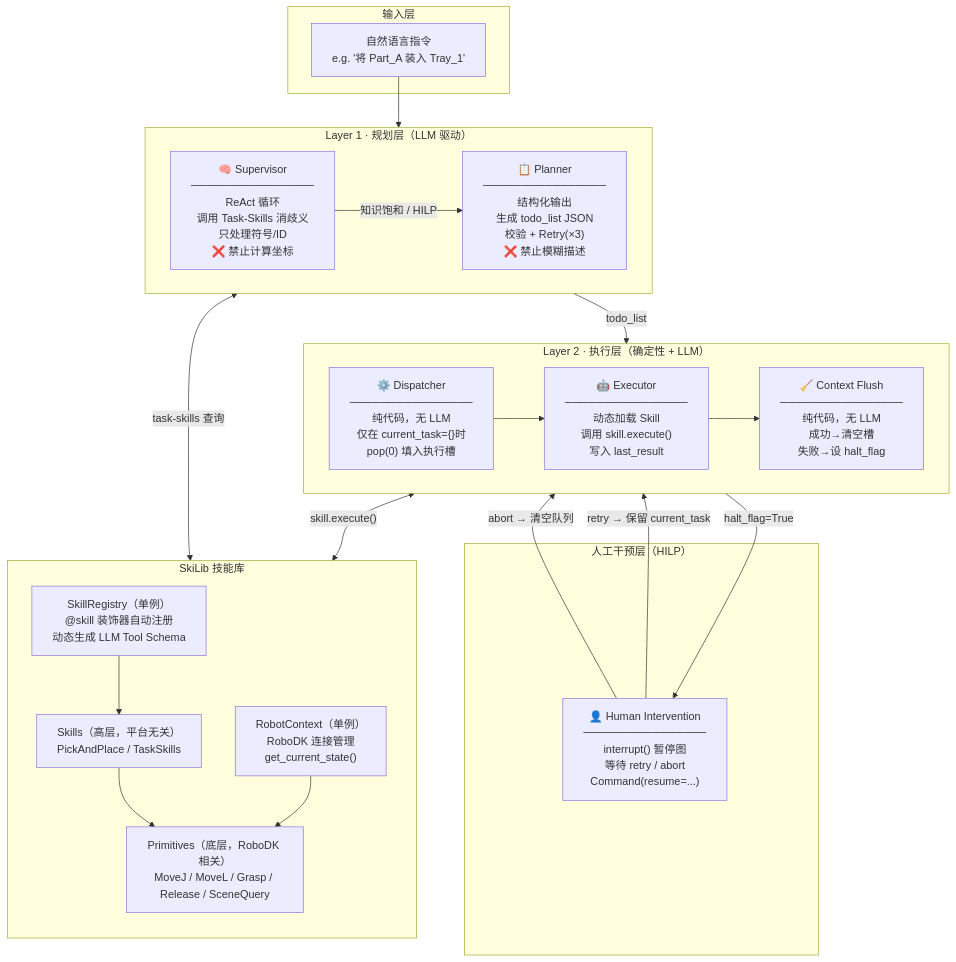
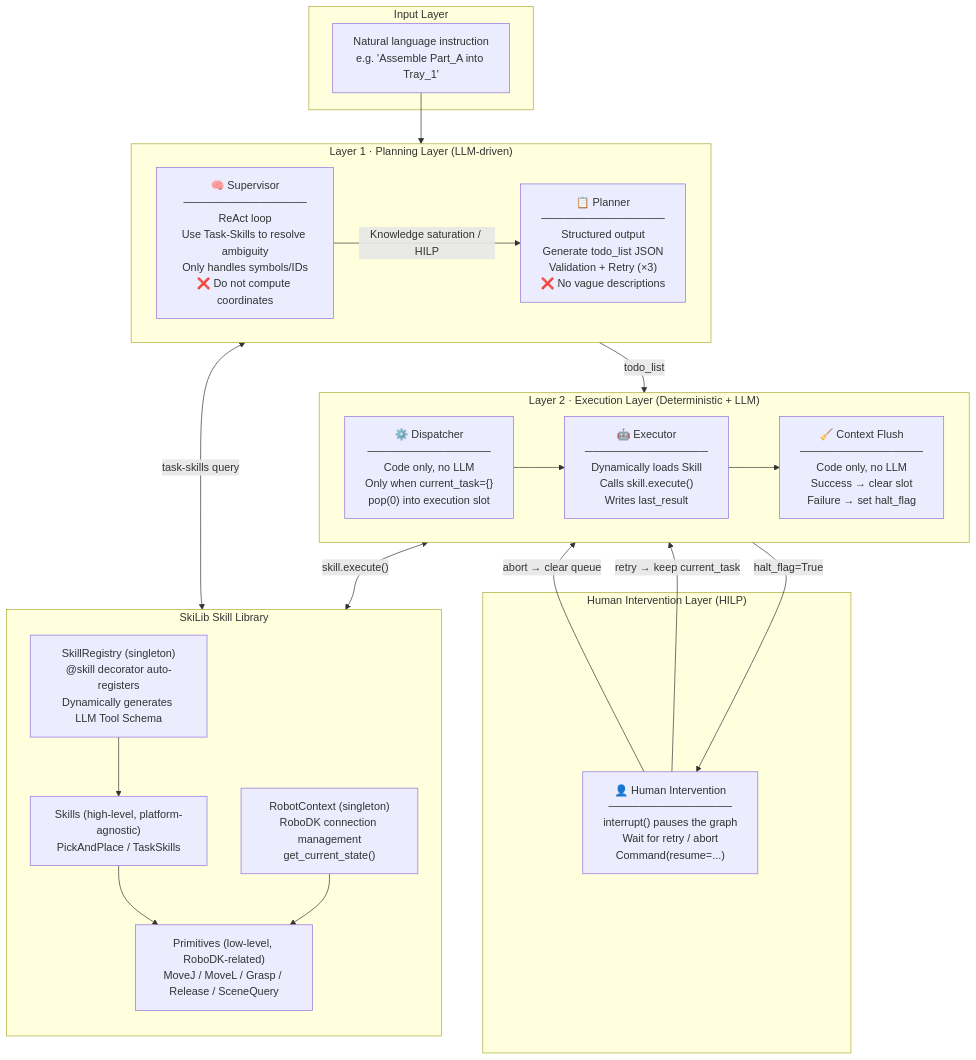
The first of 7 diagrams in SkiLib/doc/DIAGRAMS.md (SniperPigeon/RoboSkiAgent), drawn with Mermaid before and after one commit. The commit also changed other lines of this file, not shown here.

Commit message:
update diagram

````diff
--- a/SkiLib/doc/DIAGRAMS.md
+++ b/SkiLib/doc/DIAGRAMS.md
@@ -7,44 +7,44 @@
 ```mermaid
 graph TB
-    subgraph INPUT["输入层"]
-        NL["自然语言指令<br/>e.g. '将 Part_A 装入 Tray_1'"]
+    subgraph INPUT["Input Layer"]
+        NL["Natural language instruction<br/>e.g. 'Assemble Part_A into Tray_1'"]
     end
 
-    subgraph LAYER1["Layer 1 · 规划层（LLM 驱动）"]
+    subgraph LAYER1["Layer 1 · Planning Layer (LLM-driven)"]
         direction LR
-        SUP["🧠 Supervisor<br/>────────────────<br/>ReAct 循环<br/>调用 Task-Skills 消歧义<br/>只处理符号/ID<br/>❌ 禁止计算坐标"]
-        PLAN["📋 Planner<br/>────────────────<br/>结构化输出<br/>生成 todo_list JSON<br/>校验 + Retry(×3)<br/>❌ 禁止模糊描述"]
-        SUP -->|"知识饱和 / HILP"| PLAN
+        SUP["🧠 Supervisor<br/>────────────────<br/>ReAct loop<br/>Use Task-Skills to resolve ambiguity<br/>Only handles symbols/IDs<br/>❌ Do not compute coordinates"]
+        PLAN["📋 Planner<br/>────────────────<br/>Structured output<br/>Generate todo_list JSON<br/>Validation + Retry (×3)<br/>❌ No vague descriptions"]
+        SUP -->|"Knowledge saturation / HILP"| PLAN
     end
 
-    subgraph LAYER2["Layer 2 · 执行层（确定性 + LLM）"]
+    subgraph LAYER2["Layer 2 · Execution Layer (Deterministic + LLM)"]
         direction LR
-        DISP["⚙️ Dispatcher<br/>────────────────<br/>纯代码，无 LLM<br/>仅在 current_task={}时<br/>pop(0) 填入执行槽"]
-        EXEC["🤖 Executor<br/>────────────────<br/>动态加载 Skill<br/>调用 skill.execute()<br/>写入 last_result"]
-        FLUSH["🧹 Context Flush<br/>────────────────<br/>纯代码，无 LLM<br/>成功→清空槽<br/>失败→设 halt_flag"]
+        DISP["⚙️ Dispatcher<br/>────────────────<br/>Code only, no LLM<br/>Only when current_task={}<br/>pop(0) into execution slot"]
+        EXEC["🤖 Executor<br/>────────────────<br/>Dynamically loads Skill<br/>Calls skill.execute()<br/>Writes last_result"]
+        FLUSH["🧹 Context Flush<br/>────────────────<br/>Code only, no LLM<br/>Success → clear slot<br/>Failure → set halt_flag"]
         DISP --> EXEC --> FLUSH
     end
 
-    subgraph HILP["人工干预层（HILP）"]
-        HI["👤 Human Intervention<br/>────────────────<br/>interrupt() 暂停图<br/>等待 retry / abort<br/>Command(resume=...)"]
+    subgraph HILP["Human Intervention Layer (HILP)"]
+        HI["👤 Human Intervention<br/>────────────────<br/>interrupt() pauses the graph<br/>Wait for retry / abort<br/>Command(resume=...)"]
     end
 
-    subgraph SKILIB["SkiLib 技能库"]
+    subgraph SKILIB["SkiLib Skill Library"]
         direction TB
-        SKILLS["Skills（高层，平台无关）<br/>PickAndPlace / TaskSkills"]
-        PRIMS["Primitives（底层，RoboDK 相关）<br/>MoveJ / MoveL / Grasp / Release / SceneQuery"]
-        REG["SkillRegistry（单例）<br/>@skill 装饰器自动注册<br/>动态生成 LLM Tool Schema"]
-        CTX["RobotContext（单例）<br/>RoboDK 连接管理<br/>get_current_state()"]
+        SKILLS["Skills (high-level, platform-agnostic)<br/>PickAndPlace / TaskSkills"]
+        PRIMS["Primitives (low-level, RoboDK-related)<br/>MoveJ / MoveL / Grasp / Release / SceneQuery"]
+        REG["SkillRegistry (singleton)<br/>@skill decorator auto-registers<br/>Dynamically generates LLM Tool Schema"]
+        CTX["RobotContext (singleton)<br/>RoboDK connection management<br/>get_current_state()"]
         SKILLS --> PRIMS
         REG --> SKILLS
         CTX --> PRIMS
     end
 
     NL --> SUP
     PLAN -->|"todo_list"| DISP
     FLUSH -->|"halt_flag=True"| HI
-    HI -->|"retry → 保留 current_task"| EXEC
-    HI -->|"abort → 清空队列"| FLUSH
+    HI -->|"retry → keep current_task"| EXEC
+    HI -->|"abort → clear queue"| FLUSH
     EXEC <-->|"skill.execute()"| SKILIB
-    SUP <-->|"task-skills 查询"| SKILIB
+    SUP <-->|"task-skills query"| SKILIB
 ```
````
